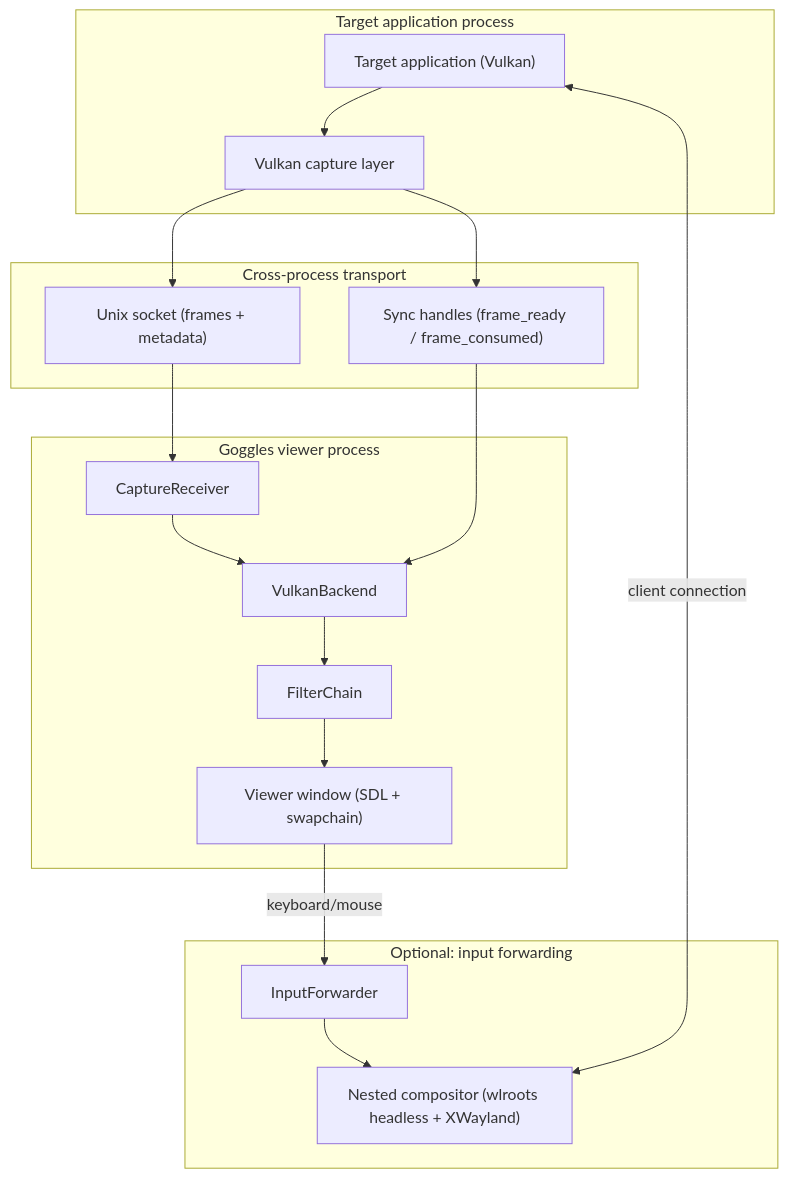
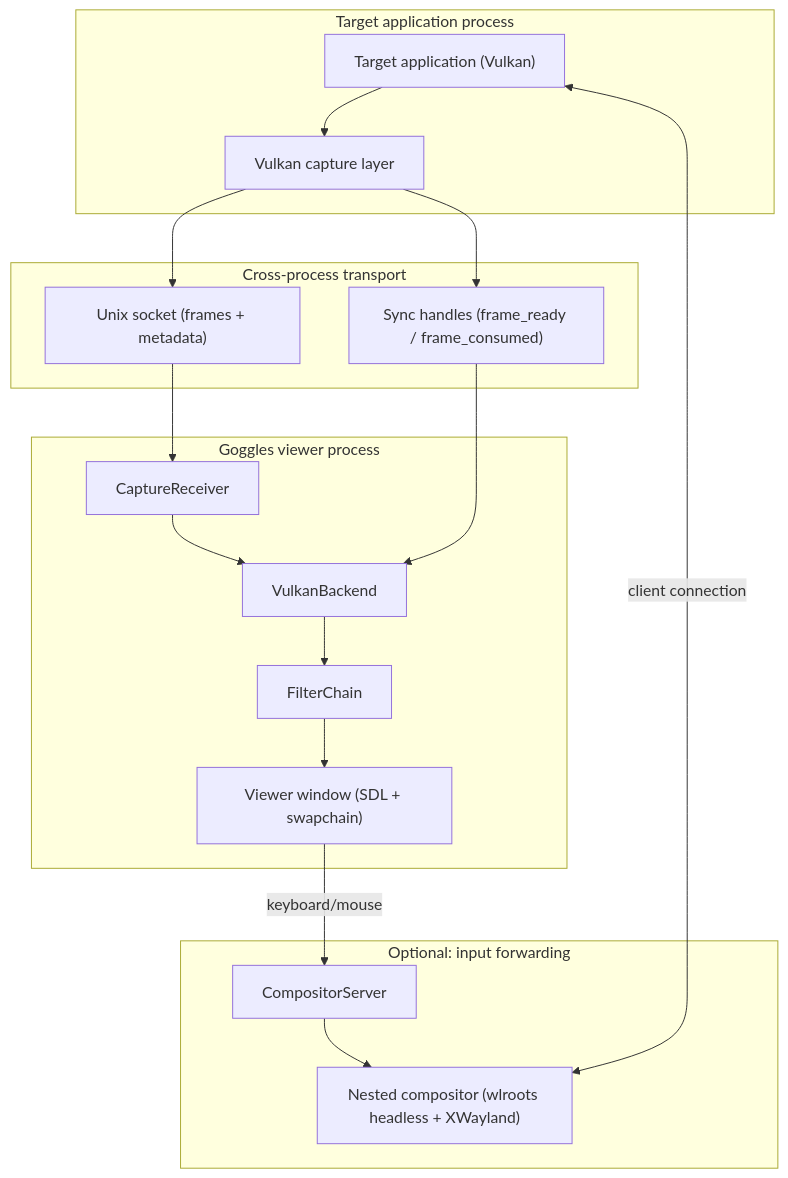
One commit to K1ngst0m/Goggles changed the diagram in docs/architecture.md. Above: the diagram before and after it, drawn with Mermaid. The commit also changed 22 other files, not shown here.

First line of the commit message:
feat(input): move input forwarding into compositor subsystem (#70)

````diff
--- a/docs/architecture.md
+++ b/docs/architecture.md
@@ -11,32 +11,32 @@
 ```mermaid
 flowchart TB
   %% High-level overview: frame path + optional input forwarding.
 
   subgraph AppProc["Target application process"]
     App["Target application (Vulkan)"]
     Layer["Vulkan capture layer"]
     App --> Layer
   end
 
   subgraph IPC["Cross-process transport"]
     Socket["Unix socket (frames + metadata)"]
     Sync["Sync handles (frame_ready / frame_consumed)"]
   end
 
   subgraph Goggles["Goggles viewer process"]
     Receiver["CaptureReceiver"]
     Render["VulkanBackend"]
     Chain["FilterChain"]
     Window["Viewer window (SDL + swapchain)"]
     Receiver --> Render --> Chain --> Window
   end
 
   Layer --> Socket --> Receiver
   Layer --> Sync --> Render
 
   subgraph Input["Optional: input forwarding"]
-    Window -->|"keyboard/mouse"| Forwarder["InputForwarder"]
-    Forwarder --> Nested["Nested compositor (wlroots headless + XWayland)"]
+    Window -->|"keyboard/mouse"| Compositor["CompositorServer"]
+    Compositor --> Nested["Nested compositor (wlroots headless + XWayland)"]
     App <-->|"client connection"| Nested
   end
 ```
````
